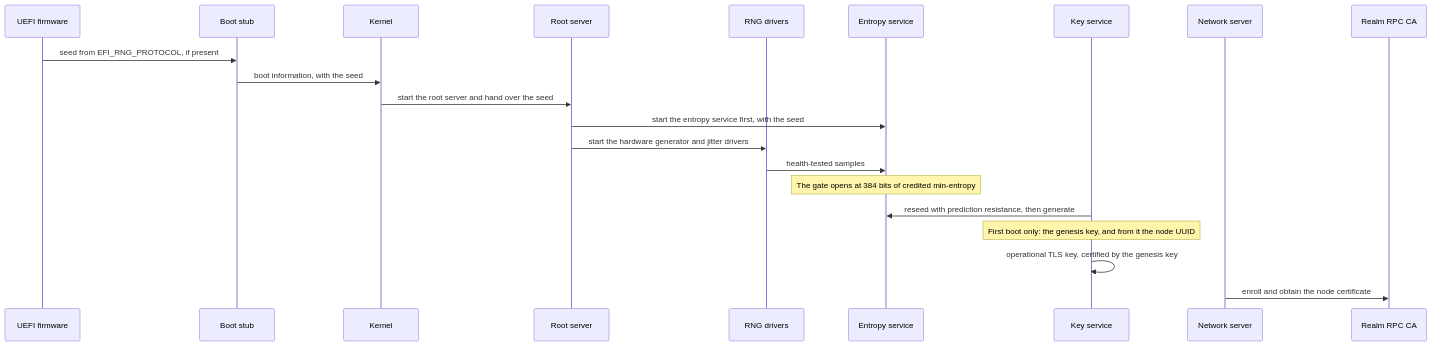
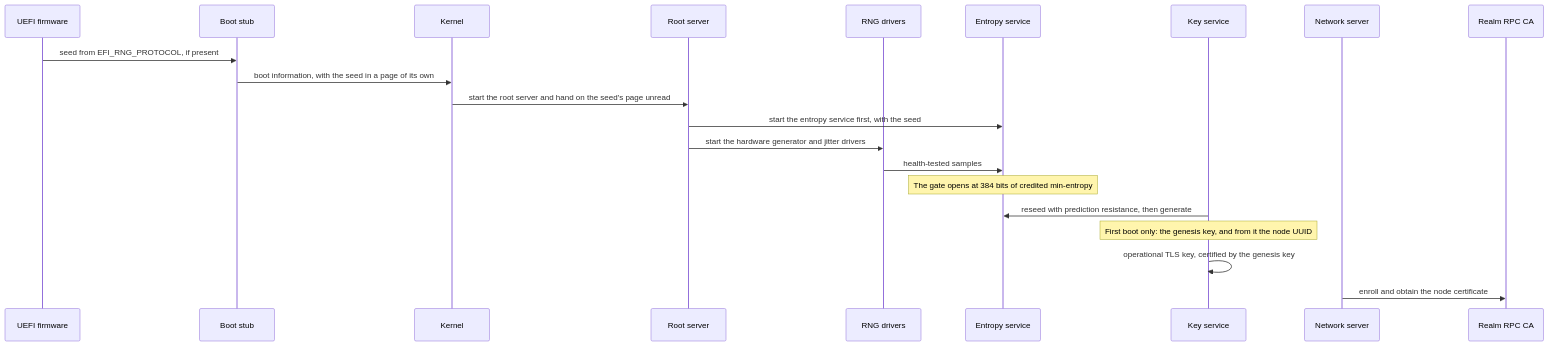
Before and after one commit to nckroy/ASPIS: the diagram in docs/design/entropy-and-first-keys.md, drawn with Mermaid. The commit also changed other lines of this file and 66 other files, not shown here.

````diff
--- a/docs/design/entropy-and-first-keys.md
+++ b/docs/design/entropy-and-first-keys.md
@@ -60,23 +61,23 @@
 ```mermaid
 sequenceDiagram
     participant FW as UEFI firmware
     participant Stub as Boot stub
     participant K as Kernel
     participant RS as Root server
     participant HW as RNG drivers
     participant ES as Entropy service
     participant KS as Key service
     participant NS as Network server
     participant CA as Realm RPC CA
     FW->>Stub: seed from EFI_RNG_PROTOCOL, if present
-    Stub->>K: boot information, with the seed
-    K->>RS: start the root server and hand over the seed
+    Stub->>K: boot information, with the seed in a page of its own
+    K->>RS: start the root server and hand on the seed's page unread
     RS->>ES: start the entropy service first, with the seed
     RS->>HW: start the hardware generator and jitter drivers
     HW->>ES: health-tested samples
     Note over ES: The gate opens at 384 bits of credited min-entropy
     KS->>ES: reseed with prediction resistance, then generate
     Note over KS: First boot only: the genesis key, and from it the node UUID
     KS->>KS: operational TLS key, certified by the genesis key
     NS->>CA: enroll and obtain the node certificate
 ```
````
